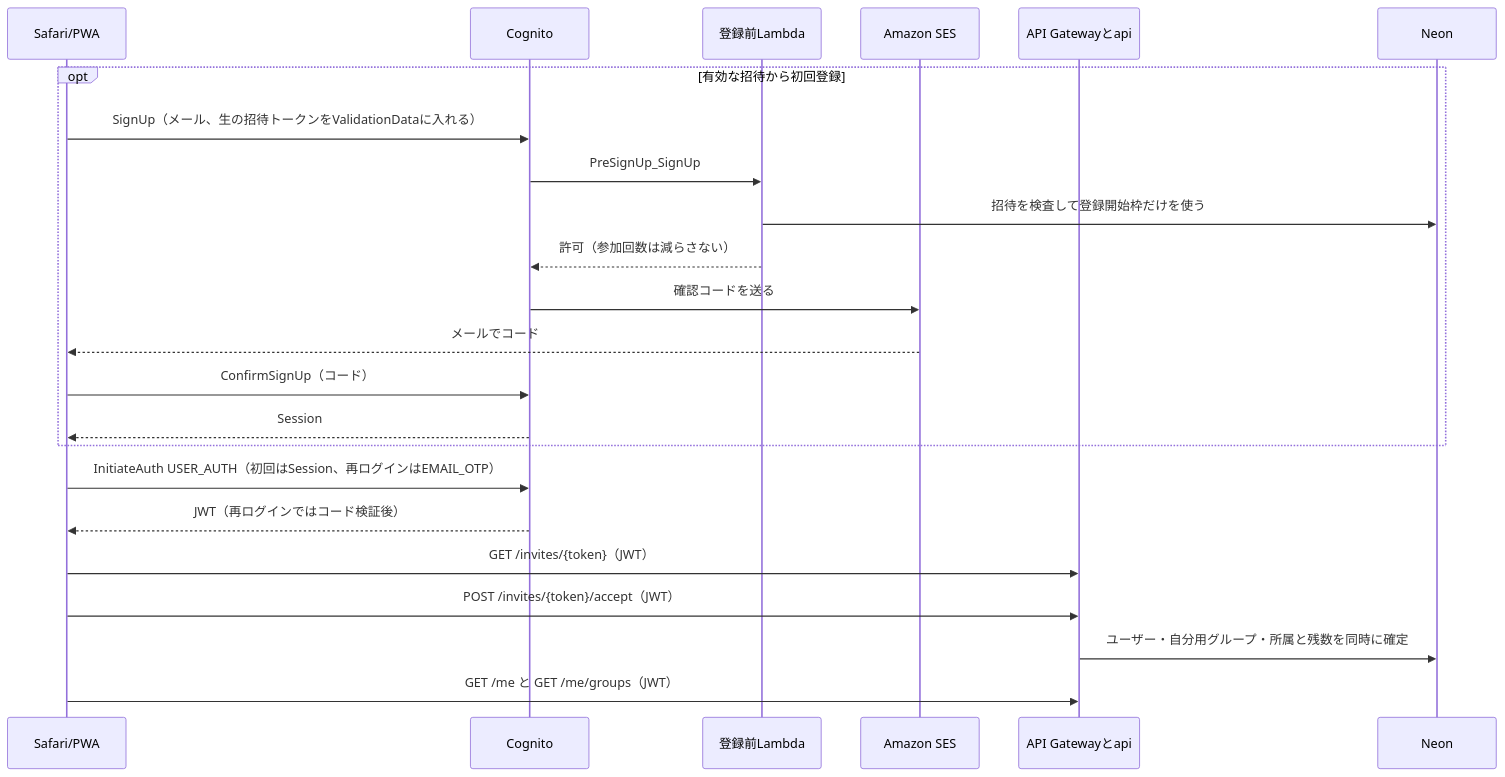
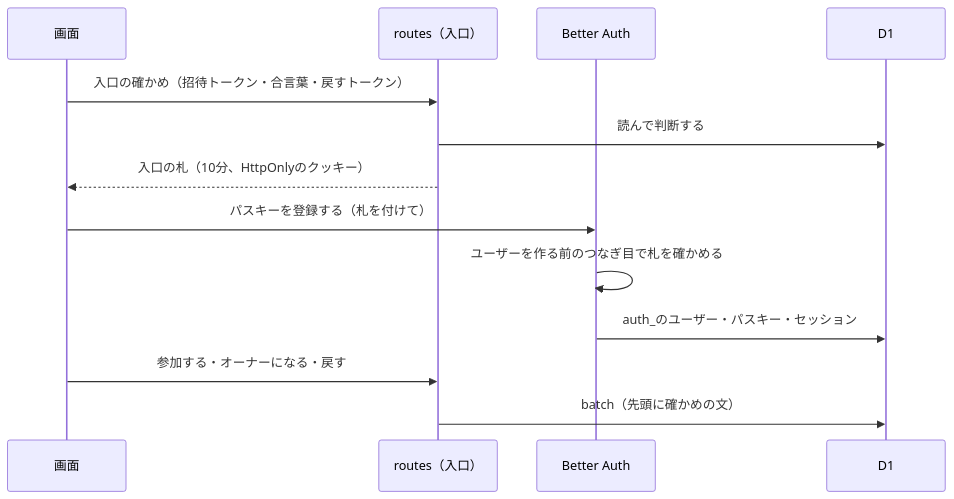
Before and after one commit to oze-xxbumpxx/yoin: the second of 6 diagrams in docs/designs/first-slice.md, drawn with Mermaid. The commit also changed other lines of this file and 4 other files, not shown here.

````diff
--- a/docs/designs/first-slice.md
+++ b/docs/designs/first-slice.md
@@ -73,25 +99,15 @@
 ```mermaid
 sequenceDiagram
-    participant P as Safari/PWA
-    participant C as Cognito
-    participant L as 登録前Lambda
-    participant M as Amazon SES
-    participant A as API Gatewayとapi
-    participant DB as Neon
-    opt 有効な招待から初回登録
-        P->>C: SignUp（メール、生の招待トークンをValidationDataに入れる）
-        C->>L: PreSignUp_SignUp
-        L->>DB: 招待を検査して登録開始枠だけを使う
-        L-->>C: 許可（参加回数は減らさない）
-        C->>M: 確認コードを送る
-        M-->>P: メールでコード
-        P->>C: ConfirmSignUp（コード）
-        C-->>P: Session
-    end
-    P->>C: InitiateAuth USER_AUTH（初回はSession、再ログインはEMAIL_OTP）
-    C-->>P: JWT（再ログインではコード検証後）
-    P->>A: GET /invites/{token}（JWT）
-    P->>A: POST /invites/{token}/accept（JWT）
-    A->>DB: ユーザー・自分用グループ・所属と残数を同時に確定
-    P->>A: GET /me と GET /me/groups（JWT）
+  participant P as 画面
+  participant A as routes（入口）
+  participant B as Better Auth
+  participant D as D1
+  P->>A: 入口の確かめ（招待トークン・合言葉・戻すトークン）
+  A->>D: 読んで判断する
+  A-->>P: 入口の札（10分、HttpOnlyのクッキー）
+  P->>B: パスキーを登録する（札を付けて）
+  B->>B: ユーザーを作る前のつなぎ目で札を確かめる
+  B->>D: auth_のユーザー・パスキー・セッション
+  P->>A: 参加する・オーナーになる・戻す
+  A->>D: batch（先頭に確かめの文）
 ```
````
